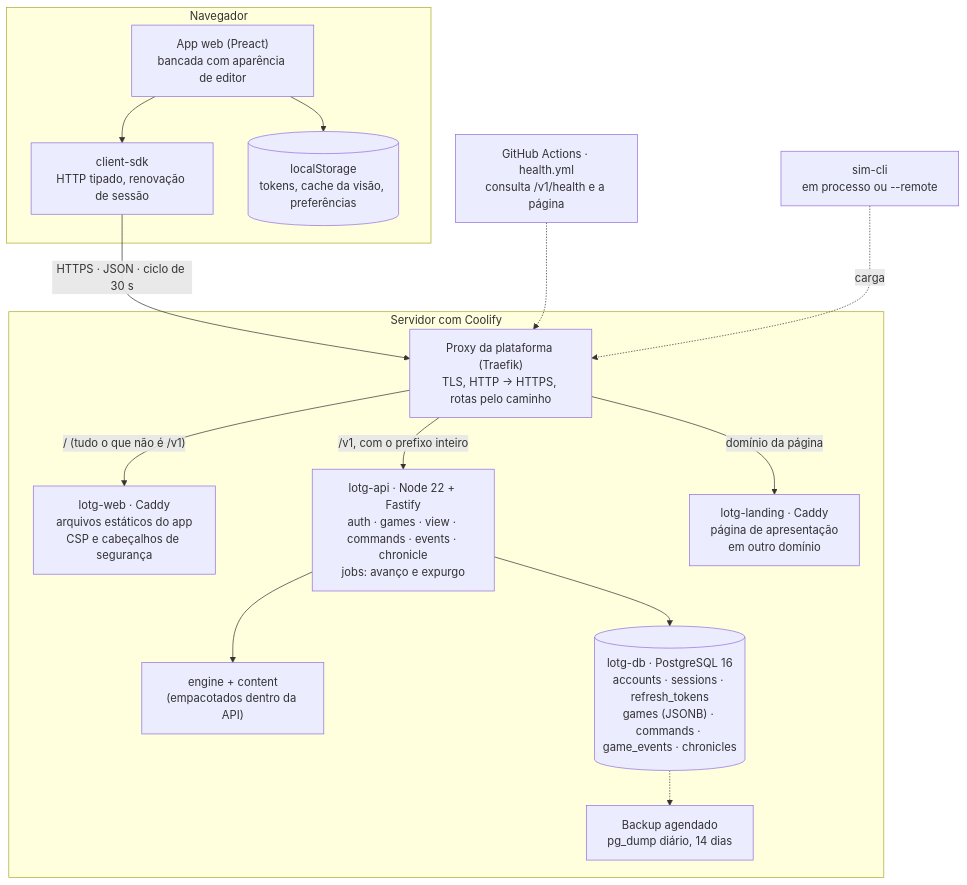
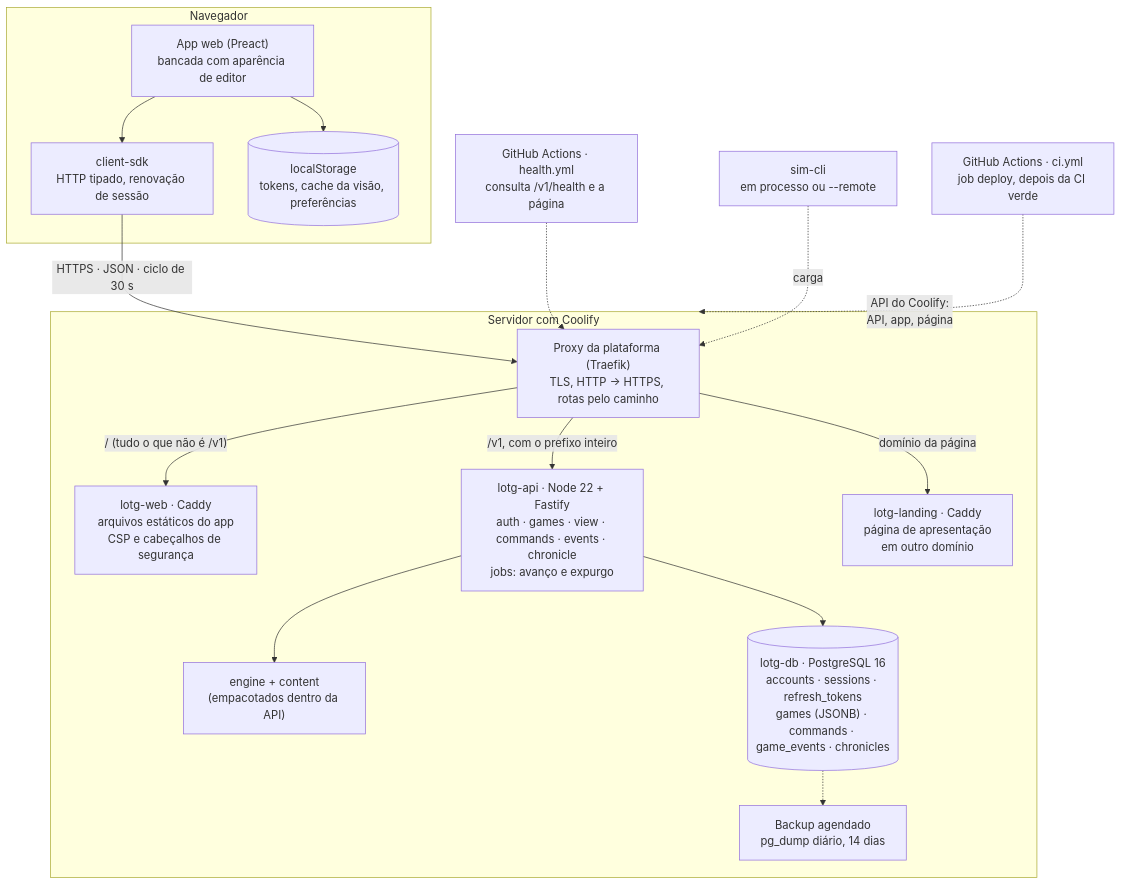
Before and after one commit to gustavopals/pals-vscode-game: the first of 3 diagrams in docs/architecture.md, drawn with Mermaid. The commit also changed other lines of this file and 10 other files, not shown here.

First line of the commit message:
Fechar a v0.1: aceitação, Fase 5 registrada e roadmap da v0.2

````diff
--- a/docs/architecture.md
+++ b/docs/architecture.md
@@ -11,32 +11,33 @@
 ```mermaid
 flowchart TB
     subgraph browser["Navegador"]
         App["App web (Preact)<br/>bancada com aparência de editor"]
         SDK["client-sdk<br/>HTTP tipado, renovação de sessão"]
         Store[("localStorage<br/>tokens, cache da visão, preferências")]
         App --> SDK
         App --> Store
     end
 
     SDK -- "HTTPS · JSON · ciclo de 30 s" --> Proxy
 
     subgraph coolify["Servidor com Coolify"]
         Proxy["Proxy da plataforma (Traefik)<br/>TLS, HTTP → HTTPS, rotas pelo caminho"]
         Web["lotg-web · Caddy<br/>arquivos estáticos do app<br/>CSP e cabeçalhos de segurança"]
         API["lotg-api · Node 22 + Fastify<br/>auth · games · view · commands · events · chronicle<br/>jobs: avanço e expurgo"]
         Engine["engine + content<br/>(empacotados dentro da API)"]
         DB[("lotg-db · PostgreSQL 16<br/>accounts · sessions · refresh_tokens<br/>games (JSONB) · commands · game_events · chronicles")]
         Backup["Backup agendado<br/>pg_dump diário, 14 dias"]
         Landing["lotg-landing · Caddy<br/>página de apresentação<br/>em outro domínio"]
 
         Proxy -- "/ (tudo o que não é /v1)" --> Web
         Proxy -- "/v1, com o prefixo inteiro" --> API
         Proxy -- "domínio da página" --> Landing
         API --> Engine
         API --> DB
         DB -.-> Backup
     end
 
     Monitor["GitHub Actions · health.yml<br/>consulta /v1/health e a página"] -.-> Proxy
     Sim["sim-cli<br/>em processo ou --remote"] -. "carga" .-> Proxy
+    Deploy["GitHub Actions · ci.yml<br/>job deploy, depois da CI verde"] -. "API do Coolify:<br/>API, app, página" .-> coolify
 ```
````
